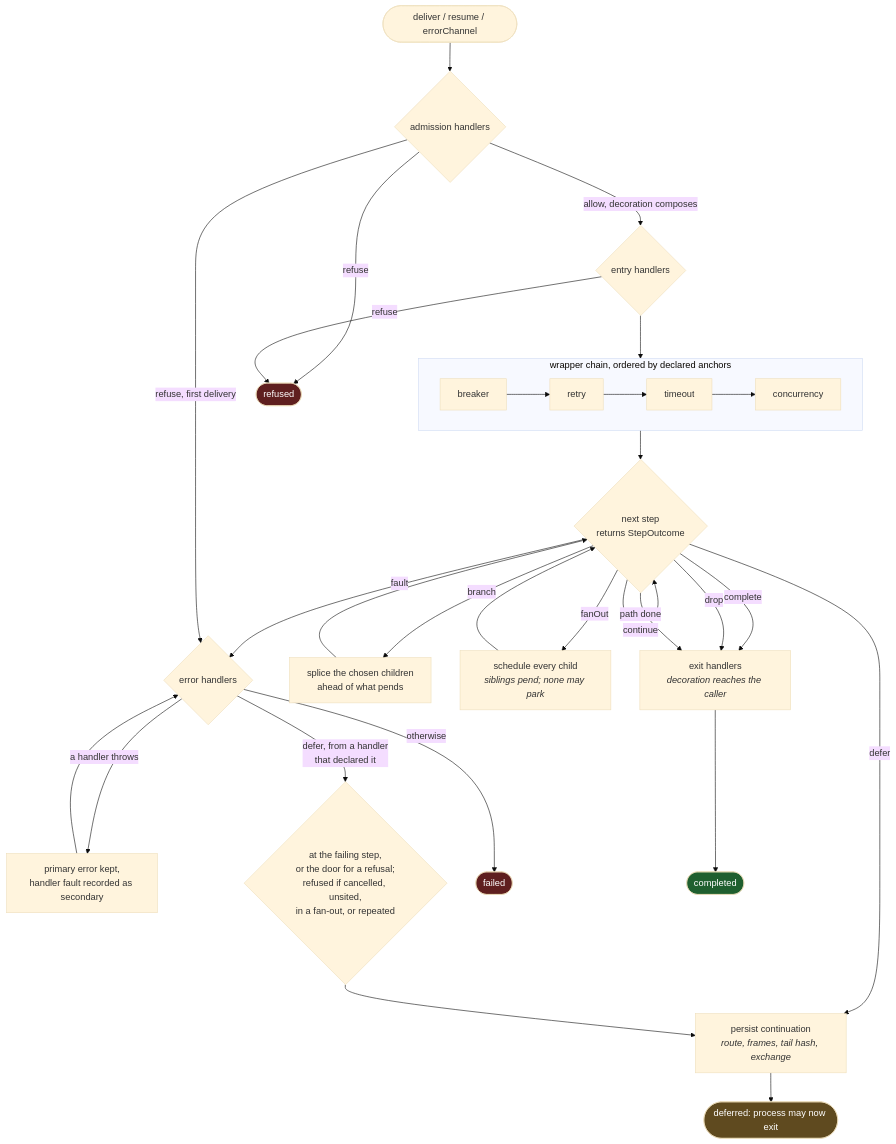
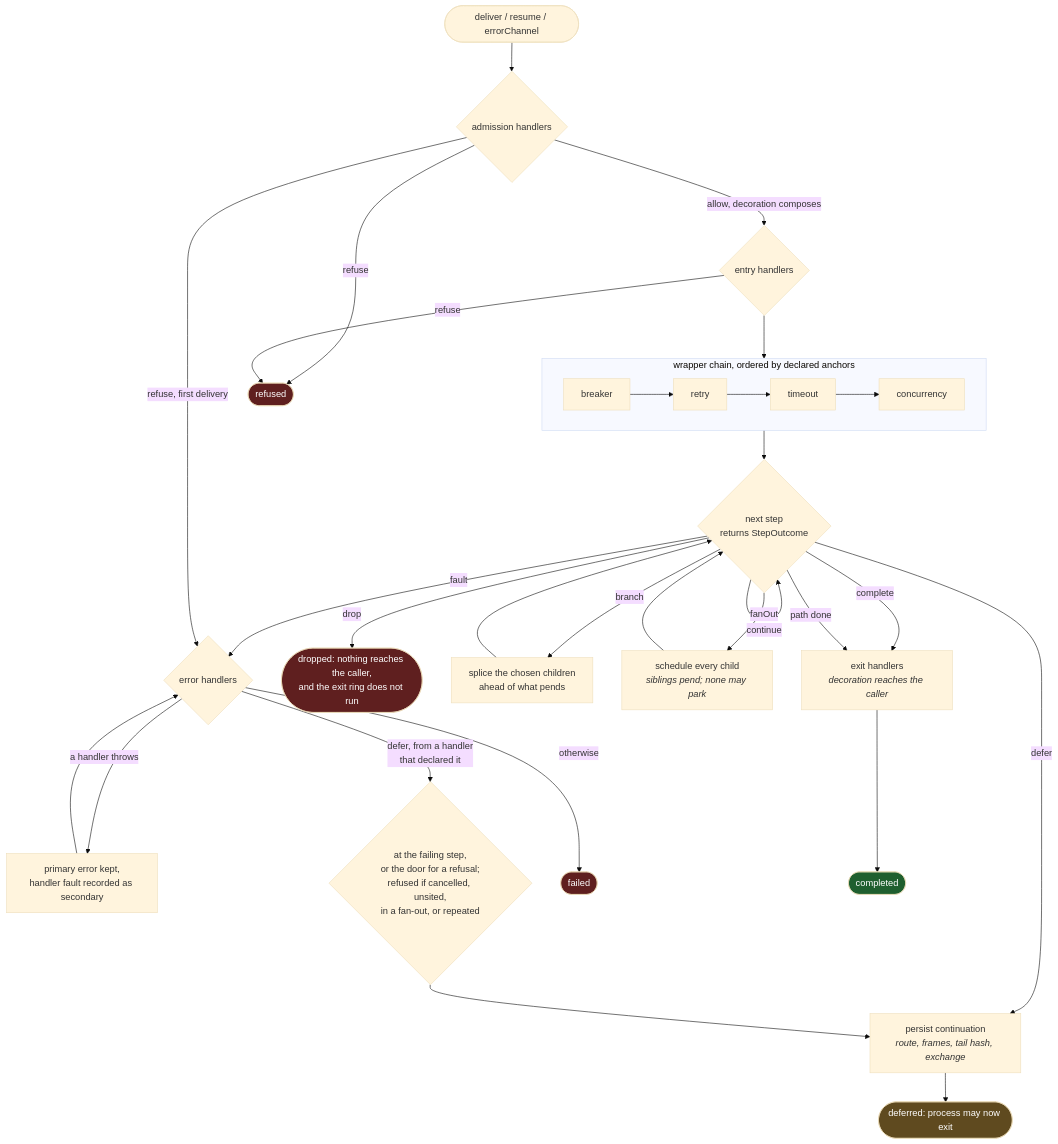
One commit to routecraftjs/routecraft changed the fourth of 6 diagrams in spikes/plugin-architecture/DIAGRAMS-MECHANISM.md. Above: the diagram before and after it, drawn with Mermaid (base theme). The commit also changed other lines of this file and 47 other files, not shown here.

````diff
--- a/spikes/plugin-architecture/DIAGRAMS-MECHANISM.md
+++ b/spikes/plugin-architecture/DIAGRAMS-MECHANISM.md
@@ -172,38 +172,39 @@
 ```mermaid
 flowchart TD
     D(["deliver / resume / errorChannel"]) --> ADM{"admission handlers"}
     ADM -->|"refuse"| REF(["refused"])
     ADM -->|"allow, decoration composes"| ENT{"entry handlers"}
     ENT -->|"refuse"| REF
     ENT --> W
 
     subgraph W["wrapper chain, ordered by declared anchors"]
         direction LR
         BR["breaker"] --> RT["retry"] --> TO["timeout"] --> CC["concurrency"]
     end
 
     W --> LOOP{"next step<br/>returns StepOutcome"}
     LOOP -->|"continue"| LOOP
     LOOP -->|"complete"| EXIT
-    LOOP -->|"drop"| EXIT
+    LOOP -->|"drop"| DROPPED(["dropped: nothing reaches the caller,<br/>and the exit ring does not run"])
     LOOP -->|"branch"| NEST["splice the chosen children<br/>ahead of what pends"]
     NEST --> LOOP
     LOOP -->|"fanOut"| FAN["schedule every child<br/><i>siblings pend; none may park</i>"]
     FAN --> LOOP
     LOOP -->|"defer"| SAVE["persist continuation<br/><i>route, frames, tail hash, exchange</i>"]
     SAVE --> PARK(["deferred: process may now exit"])
     LOOP -->|"fault"| ERRH{"error handlers"}
     ADM -->|"refuse, first delivery"| ERRH
     ERRH -->|"a handler throws"| SEC["primary error kept,<br/>handler fault recorded as secondary"]
     SEC --> ERRH
     ERRH -->|"defer, from a handler<br/>that declared it"| SITE{"at the failing step,<br/>or the door for a refusal;<br/>refused if cancelled, unsited,<br/>in a fan-out, or repeated"}
     SITE --> SAVE
     ERRH -->|"otherwise"| FAIL(["failed"])
     LOOP -->|"path done"| EXIT["exit handlers<br/><i>decoration reaches the caller</i>"]
     EXIT --> DONE(["completed"])
 
     style PARK fill:#5f4a1f,color:#fff
     style DONE fill:#1f5f2f,color:#fff
     style REF fill:#5f1f1f,color:#fff
     style FAIL fill:#5f1f1f,color:#fff
+    style DROPPED fill:#5f1f1f,color:#fff
 ```
````
